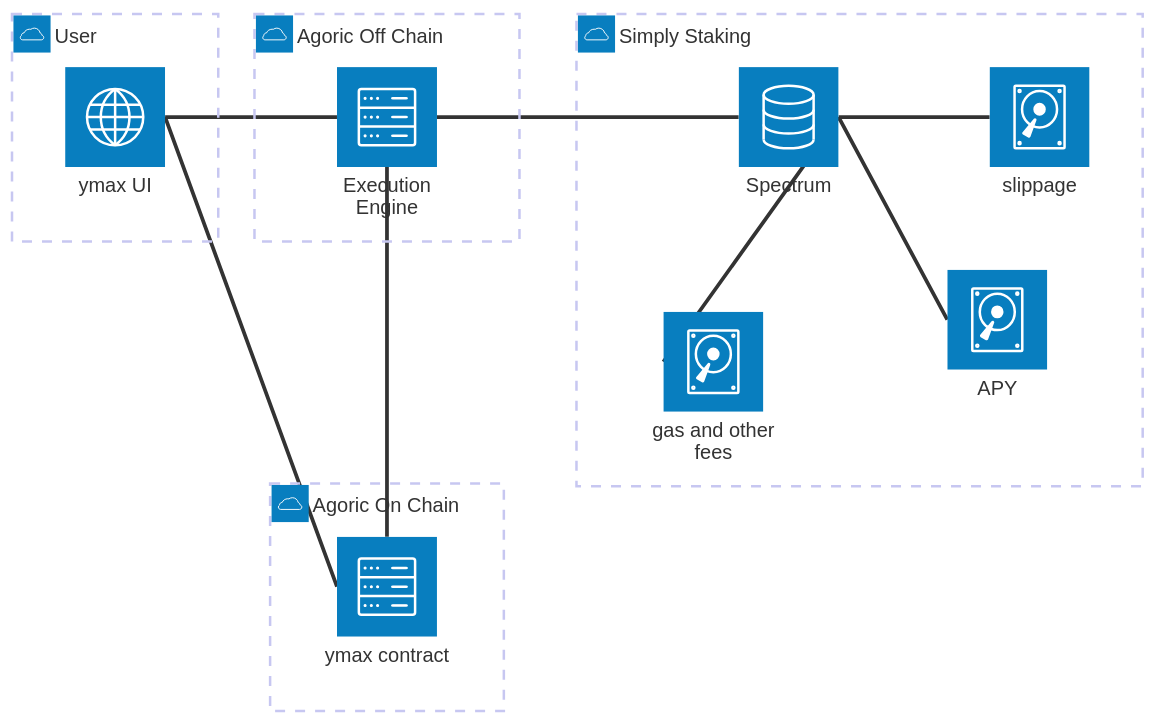
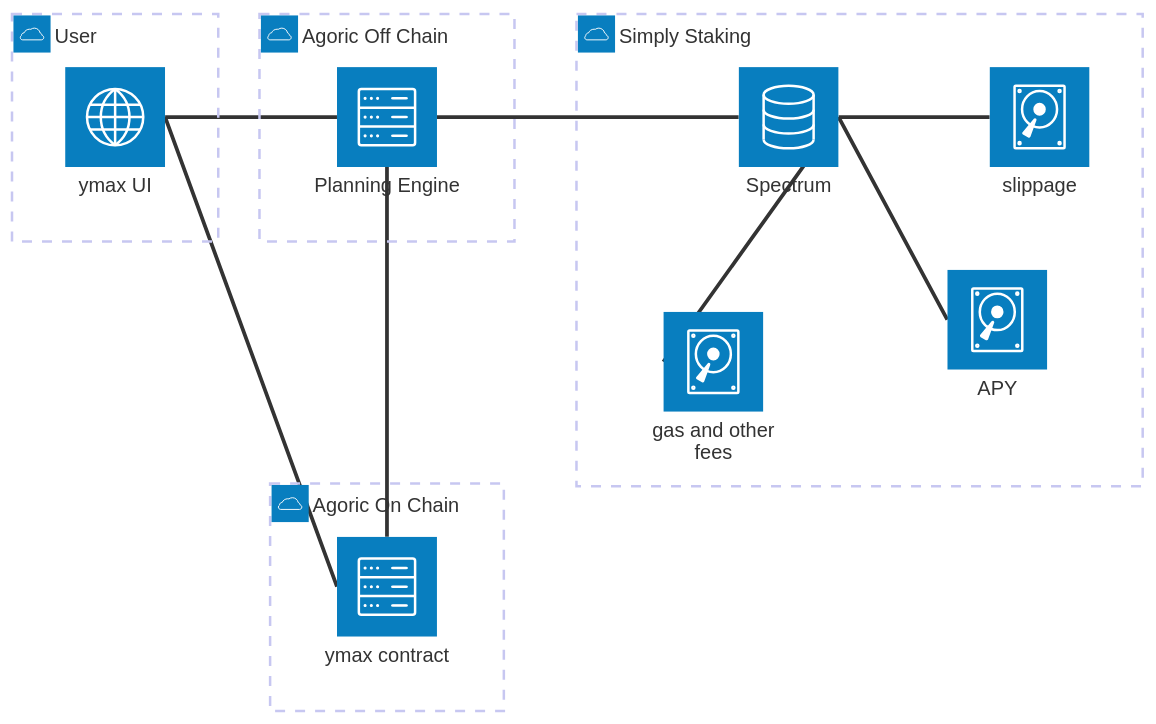
The first of 8 diagrams in packages/portfolio-contract/DESIGN-MVP.md (Agoric/agoric-sdk), drawn with Mermaid before and after one commit. The commit also changed other lines of this file, not shown here.

````diff
--- a/packages/portfolio-contract/DESIGN-MVP.md
+++ b/packages/portfolio-contract/DESIGN-MVP.md
@@ -5,28 +5,28 @@
 ```mermaid
 architecture-beta
   group User(cloud)[User]
     service ymaxui(internet)[ymax UI] in User
 
     ymaxui:R -- L:ymaxcontract
     ymaxui:R -- L:PE
 
   group offchain(cloud)[Agoric Off Chain]
-    service PE(server)[Execution Engine] in offchain
+    service PE(server)[Planning Engine] in offchain
 
     PE:R -- L:spectrum
 
   group onchain(cloud)[Agoric On Chain]
     service ymaxcontract(server)[ymax contract] in onchain
 
     PE:B -- T:ymaxcontract
 
   group SS(cloud)[Simply Staking]
     service spectrum(database)[Spectrum] in SS
     service APY(disk)[APY] in SS
     service fees(disk)[gas and other fees] in SS
     service slippage(disk)[slippage] in SS
 
     APY:L -- R:spectrum
     fees:L -- R:spectrum
     slippage:L -- R:spectrum
 ```
````
